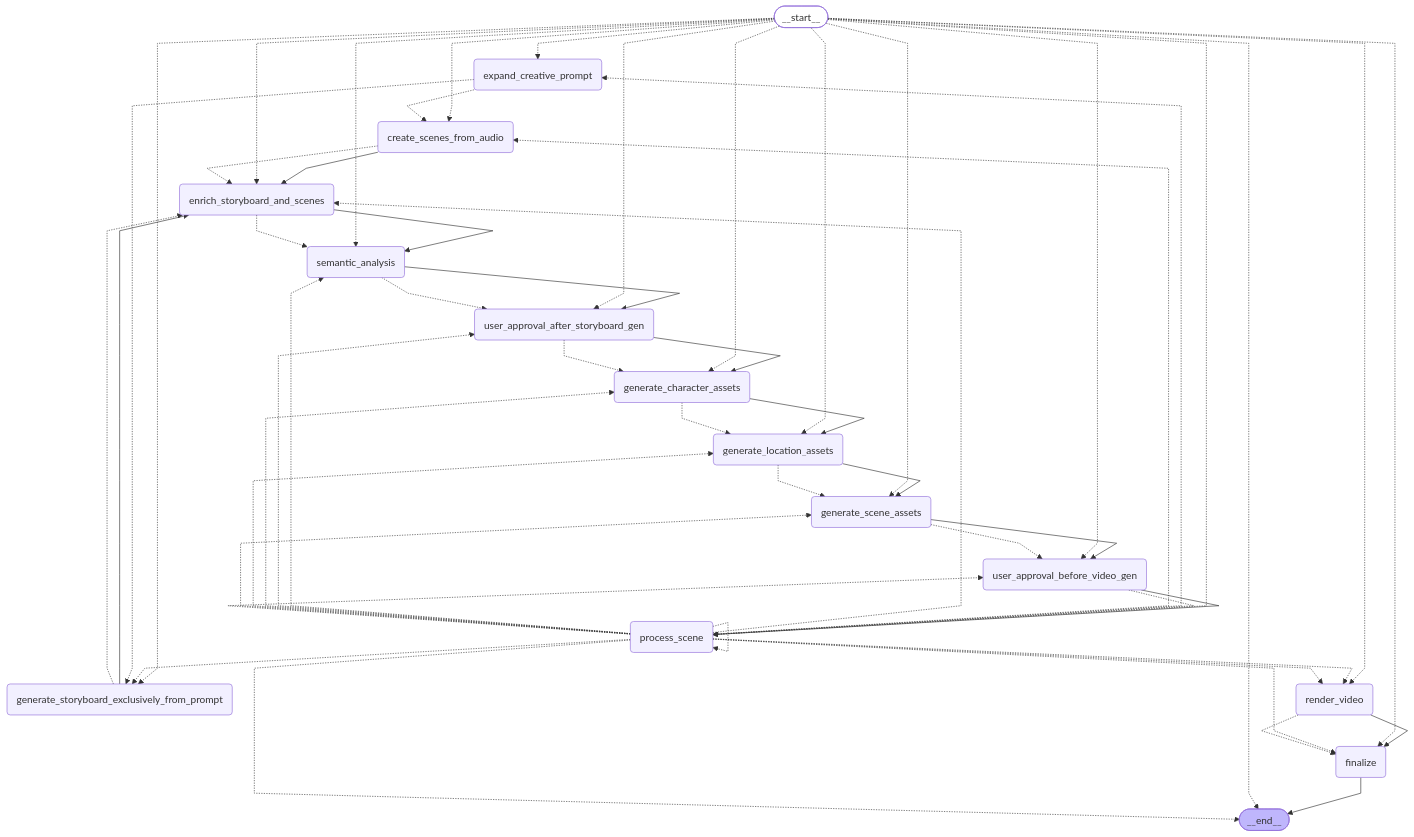
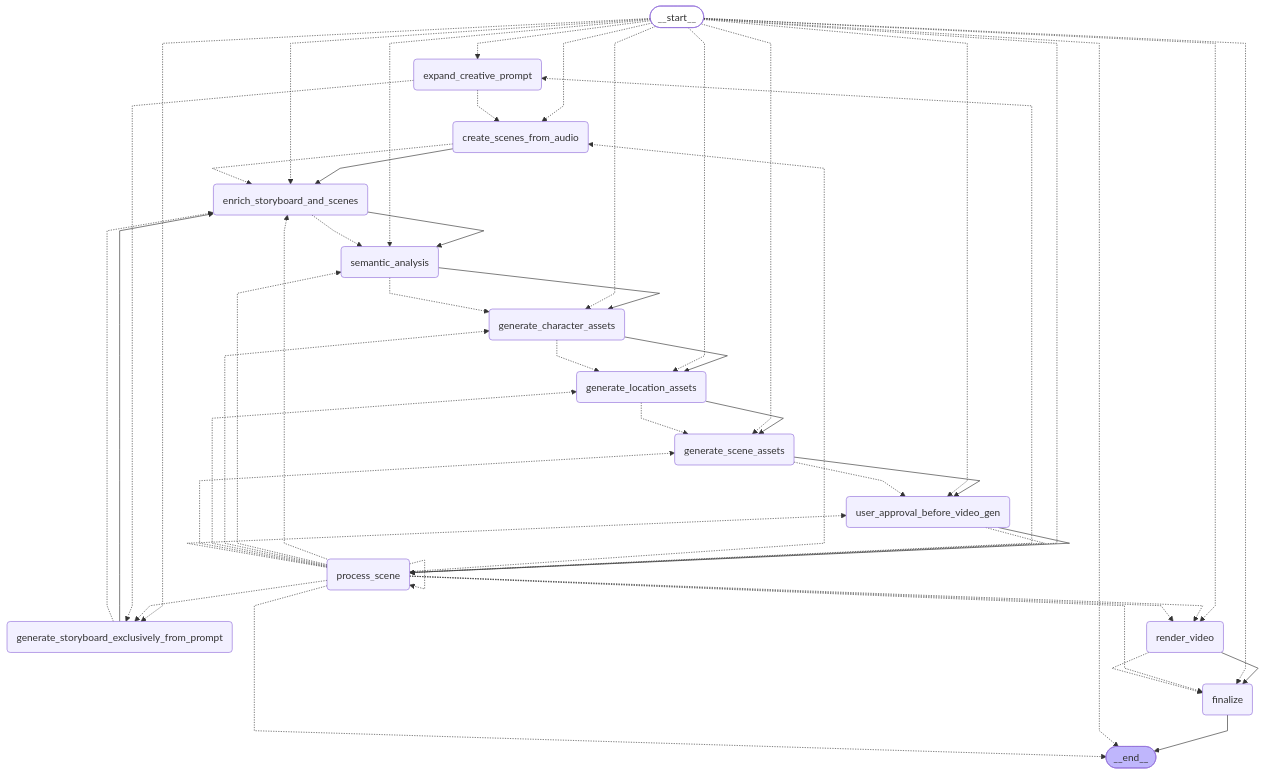
One commit to DigitalCreationsCo/cinematic-canvas changed the diagram in website/src/content/docs/graph_structure.mmd. Above: the diagram before and after it, drawn with Mermaid. The commit also changed 15 other files, not shown here.

Commit message:
fix(worker): debugging and address various issues with scene frame generation: appending assets to wrong scenes, 429 rate limits, request hurdle issues, deferred scenes logic. Still WIP

```diff
--- a/website/src/content/docs/graph_structure.mmd
+++ b/website/src/content/docs/graph_structure.mmd
@@ -1,72 +1,67 @@
 %%{init: {'flowchart': {'curve': 'linear'}}}%%
 graph TD;
 	__start__([<p>__start__</p>]):::first
 	expand_creative_prompt(expand_creative_prompt)
 	generate_storyboard_exclusively_from_prompt(generate_storyboard_exclusively_from_prompt)
 	create_scenes_from_audio(create_scenes_from_audio)
 	enrich_storyboard_and_scenes(enrich_storyboard_and_scenes)
 	semantic_analysis(semantic_analysis)
-	user_approval_after_storyboard_gen(user_approval_after_storyboard_gen)
 	generate_character_assets(generate_character_assets)
 	generate_location_assets(generate_location_assets)
 	generate_scene_assets(generate_scene_assets)
 	user_approval_before_video_gen(user_approval_before_video_gen)
 	process_scene(process_scene)
 	render_video(render_video)
 	finalize(finalize)
 	__end__([<p>__end__</p>]):::last
 	create_scenes_from_audio --> enrich_storyboard_and_scenes;
 	enrich_storyboard_and_scenes --> semantic_analysis;
 	finalize --> __end__;
 	generate_character_assets --> generate_location_assets;
 	generate_location_assets --> generate_scene_assets;
 	generate_scene_assets --> user_approval_before_video_gen;
 	generate_storyboard_exclusively_from_prompt --> enrich_storyboard_and_scenes;
 	render_video --> finalize;
-	semantic_analysis --> user_approval_after_storyboard_gen;
-	user_approval_after_storyboard_gen --> generate_character_assets;
+	semantic_analysis --> generate_character_assets;
 	user_approval_before_video_gen --> process_scene;
 	__start__ -.-> expand_creative_prompt;
 	__start__ -.-> generate_storyboard_exclusively_from_prompt;
 	__start__ -.-> create_scenes_from_audio;
 	__start__ -.-> enrich_storyboard_and_scenes;
 	__start__ -.-> semantic_analysis;
-	__start__ -.-> user_approval_after_storyboard_gen;
 	__start__ -.-> generate_character_assets;
 	__start__ -.-> generate_location_assets;
 	__start__ -.-> generate_scene_assets;
 	__start__ -.-> user_approval_before_video_gen;
 	__start__ -.-> process_scene;
 	__start__ -.-> render_video;
 	__start__ -.-> finalize;
 	__start__ -.-> __end__;
 	process_scene -.-> expand_creative_prompt;
 	process_scene -.-> generate_storyboard_exclusively_from_prompt;
 	process_scene -.-> create_scenes_from_audio;
 	process_scene -.-> enrich_storyboard_and_scenes;
 	process_scene -.-> semantic_analysis;
-	process_scene -.-> user_approval_after_storyboard_gen;
 	process_scene -.-> generate_character_assets;
 	process_scene -.-> generate_location_assets;
 	process_scene -.-> generate_scene_assets;
 	process_scene -.-> user_approval_before_video_gen;
 	process_scene -.-> render_video;
 	process_scene -.-> finalize;
 	process_scene -.-> __end__;
 	expand_creative_prompt -.-> create_scenes_from_audio;
 	expand_creative_prompt -.-> generate_storyboard_exclusively_from_prompt;
 	generate_storyboard_exclusively_from_prompt -.-> enrich_storyboard_and_scenes;
 	create_scenes_from_audio -.-> enrich_storyboard_and_scenes;
 	enrich_storyboard_and_scenes -.-> semantic_analysis;
-	semantic_analysis -.-> user_approval_after_storyboard_gen;
-	user_approval_after_storyboard_gen -.-> generate_character_assets;
+	semantic_analysis -.-> generate_character_assets;
 	generate_character_assets -.-> generate_location_assets;
 	generate_location_assets -.-> generate_scene_assets;
 	generate_scene_assets -.-> user_approval_before_video_gen;
 	user_approval_before_video_gen -.-> process_scene;
 	process_scene -.-> render_video;
 	render_video -.-> finalize;
 	process_scene -.-> process_scene;
 	classDef default fill:#f2f0ff,line-height:1.2;
 	classDef first fill-opacity:0;
 	classDef last fill:#bfb6fc;
```
